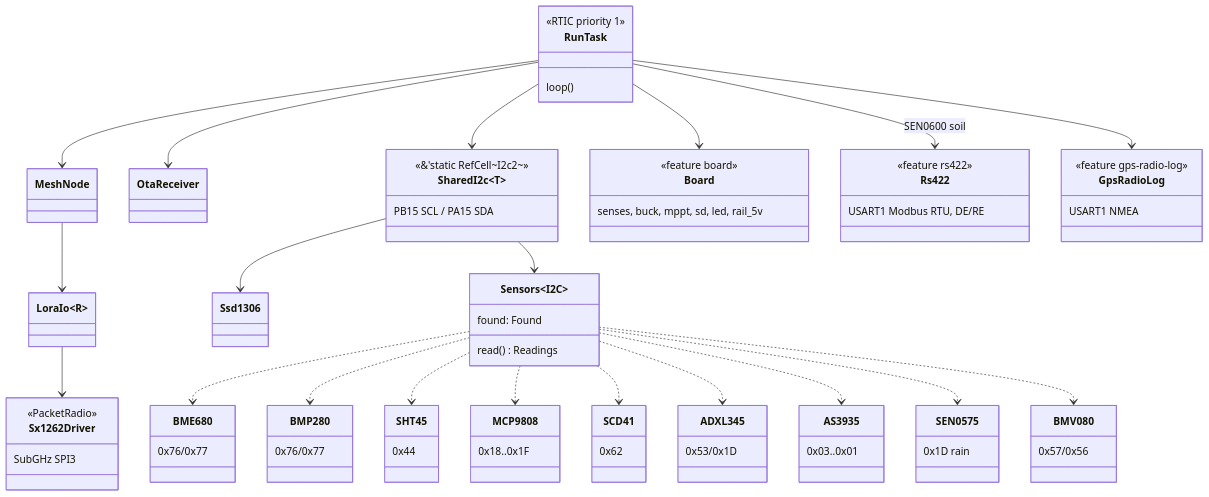
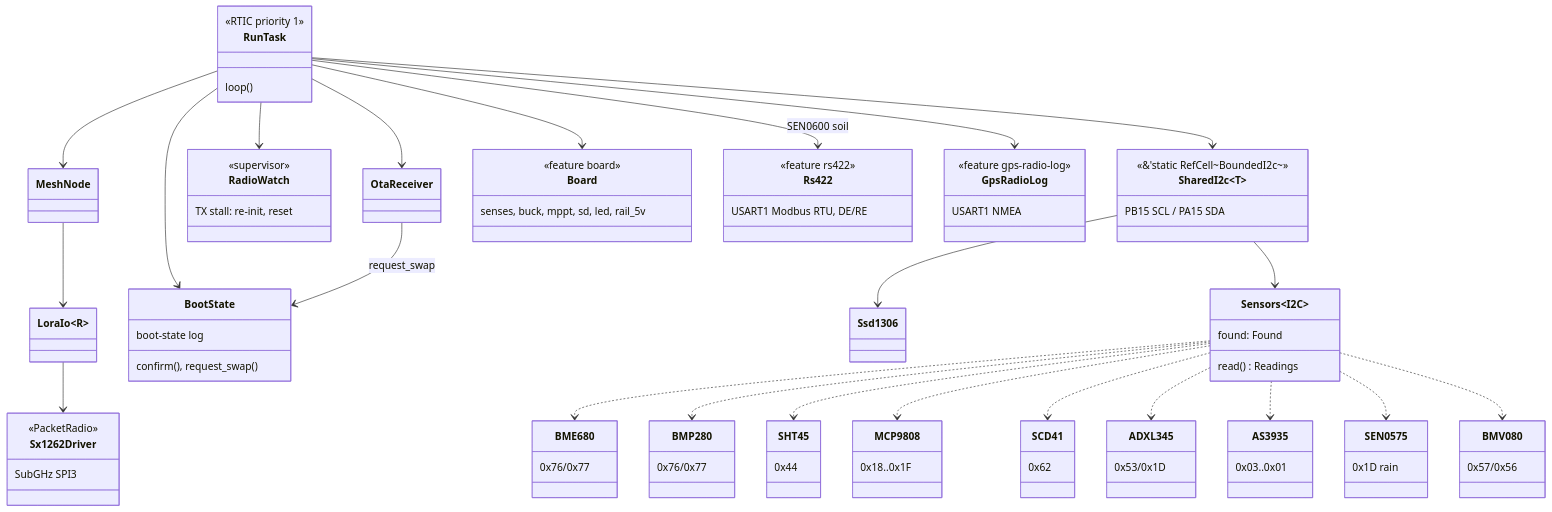
The second of 6 diagrams in ARCHITECTURE.md (tmpk13/long-range-radio-rs), drawn with Mermaid before and after one commit. The commit also changed other lines of this file and 9 other files, not shown here.

First line of the commit message:
Docs: the boot-state log, trial confirm, OTA reboot and the watchdogs

````diff
--- a/ARCHITECTURE.md
+++ b/ARCHITECTURE.md
@@ -51,65 +53,76 @@
 ```mermaid
 classDiagram
     class RunTask {
         <<RTIC priority 1>>
         loop()
     }
     class MeshNode
     class LoraIo~R~
     class Sx1262Driver {
         <<PacketRadio>>
         SubGHz SPI3
     }
     class OtaReceiver
+    class BootState {
+        boot-state log
+        confirm(), request_swap()
+    }
+    class RadioWatch {
+        <<supervisor>>
+        TX stall: re-init, reset
+    }
     class SharedI2c~T~ {
-        <<&'static RefCell~I2c2~>>
+        <<&'static RefCell~BoundedI2c~>>
         PB15 SCL / PA15 SDA
     }
     class Ssd1306
     class Sensors~I2C~ {
         found: Found
         read() Readings
     }
     class Board {
         <<feature board>>
         senses, buck, mppt, sd, led, rail_5v
     }
     class Rs422 {
         <<feature rs422>>
         USART1 Modbus RTU, DE/RE
     }
     class GpsRadioLog {
         <<feature gps-radio-log>>
         USART1 NMEA
     }
 
     RunTask --> MeshNode
     RunTask --> OtaReceiver
+    RunTask --> BootState
+    RunTask --> RadioWatch
+    OtaReceiver --> BootState : request_swap
     RunTask --> Board
     RunTask --> Rs422 : SEN0600 soil
     RunTask --> GpsRadioLog
     MeshNode --> LoraIo
     LoraIo --> Sx1262Driver
     RunTask --> SharedI2c
     SharedI2c --> Ssd1306
     SharedI2c --> Sensors
     Sensors ..> BME680
     Sensors ..> BMP280
     Sensors ..> SHT45
     Sensors ..> MCP9808
     Sensors ..> SCD41
     Sensors ..> ADXL345
     Sensors ..> AS3935
     Sensors ..> SEN0575
     Sensors ..> BMV080
 
     class BME680 { 0x76/0x77 }
     class BMP280 { 0x76/0x77 }
     class SHT45 { 0x44 }
     class MCP9808 { 0x18..0x1F }
     class SCD41 { 0x62 }
     class ADXL345 { 0x53/0x1D }
     class AS3935 { 0x03..0x01 }
     class SEN0575 { 0x1D rain }
     class BMV080 { 0x57/0x56 }
 ```
````
